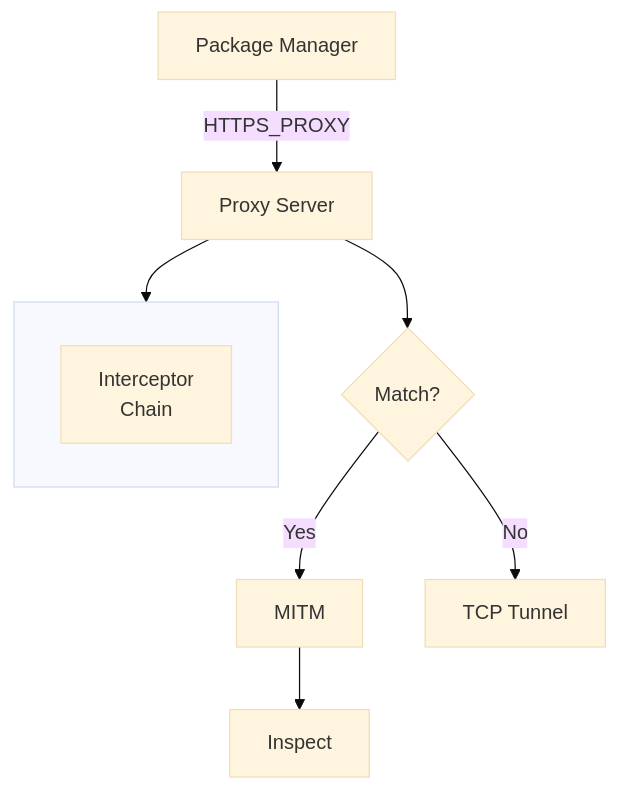
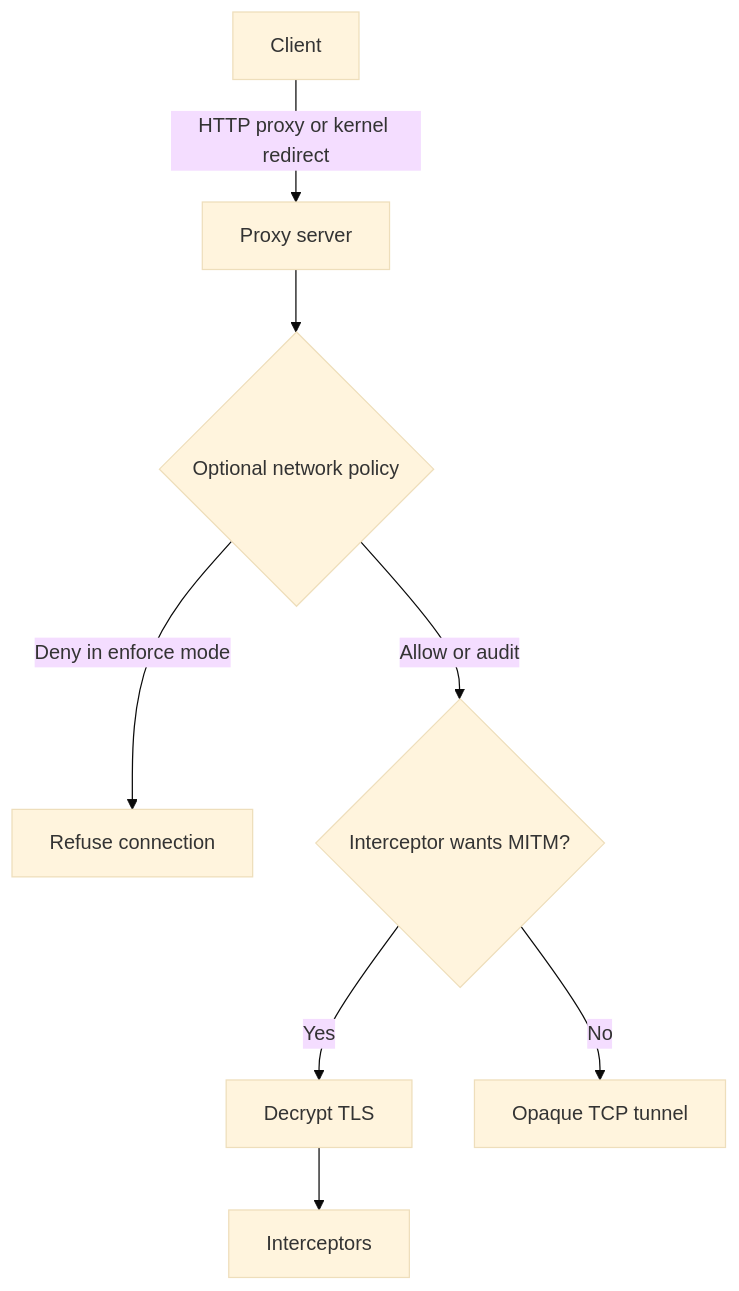
One commit to safedep/pmg changed the diagram in docs/proxy.md. Above: the diagram before and after it, drawn with Mermaid (base theme). The commit also changed other lines of this file and 27 other files, not shown here.

````diff
--- a/docs/proxy.md
+++ b/docs/proxy.md
@@ -14,13 +15,10 @@
 ```mermaid
 flowchart TD
-    A[Package Manager]
-    A -- HTTPS_PROXY --> B[Proxy Server]
-    B --> C{Match?}
-    C -- Yes --> D[MITM]
-    D --> E[Inspect]
-    C -- No --> F[TCP Tunnel]
-    subgraph inside_proxy [ ]
-        G[Interceptor<br/>Chain]
-    end
-    B --> inside_proxy
+    A[Client] -->|HTTP proxy or kernel redirect| B[Proxy server]
+    B --> P{Optional network policy}
+    P -->|Deny in enforce mode| R[Refuse connection]
+    P -->|Allow or audit| C{Interceptor wants MITM?}
+    C -->|Yes| D[Decrypt TLS]
+    D --> E[Interceptors]
+    C -->|No| F[Opaque TCP tunnel]
 ```
````
